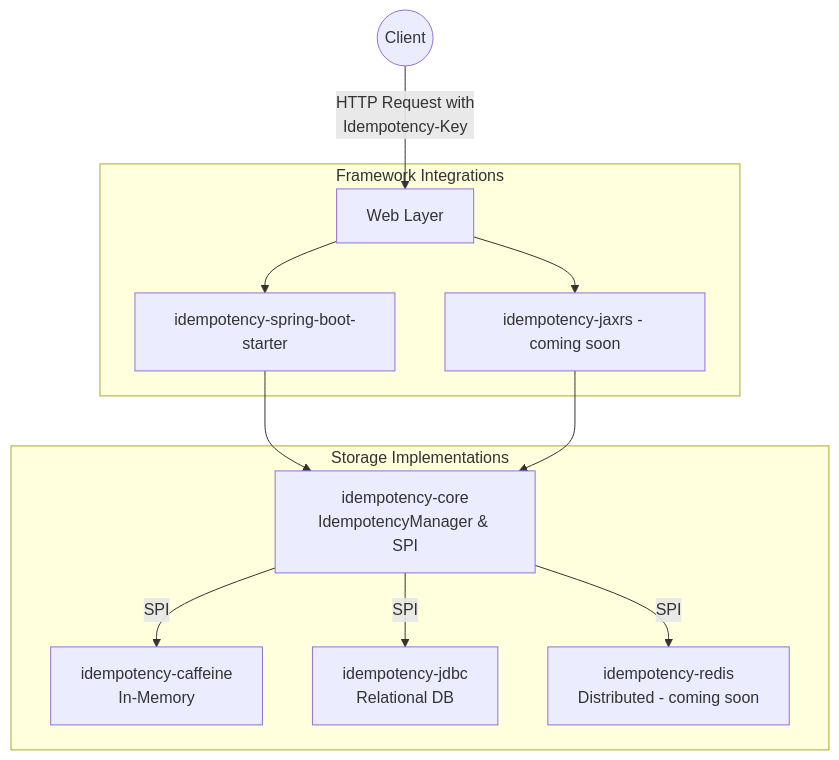
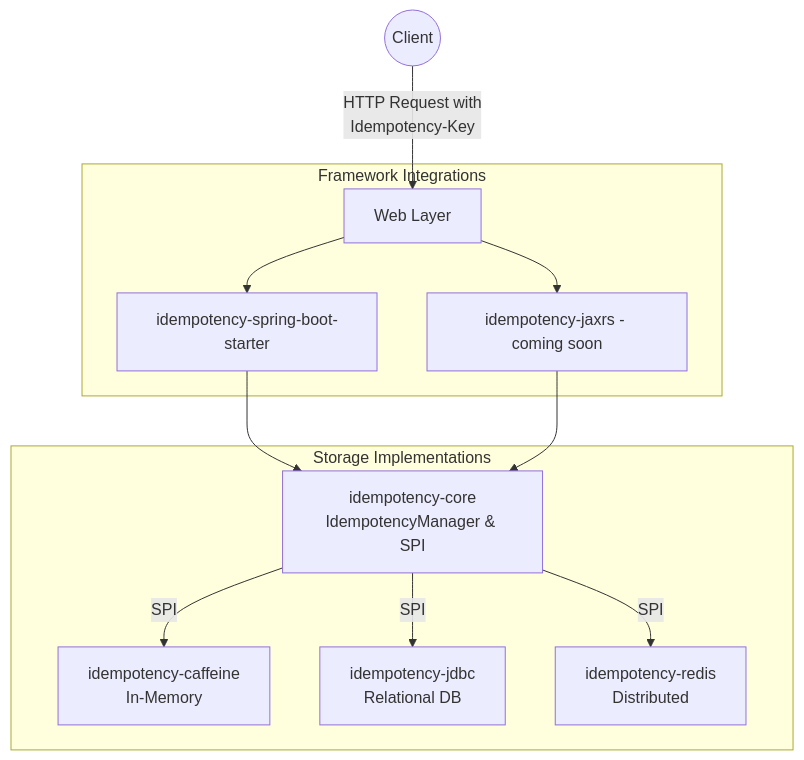
Before and after one commit to ravocode/AvoOnce: the diagram in README.md, drawn with Mermaid. The commit also changed other lines of this file and 21 other files, not shown here.

Commit message:
feat: implement distributed Redis storage backend with support for Jedis and Lettuce clients

````diff
--- a/README.md
+++ b/README.md
@@ -114,18 +119,18 @@
 ```mermaid
 graph TD
     Client((Client)) -->|HTTP Request with<br/>Idempotency-Key| Web[Web Layer]
     
     subgraph Framework Integrations
         Web --> SB[idempotency-spring-boot-starter]
         Web --> JAX[idempotency-jaxrs - coming soon]
     end
     
     SB --> Core[idempotency-core<br/>IdempotencyManager & SPI]
     JAX --> Core
     
     subgraph Storage Implementations
         Core -->|SPI| Caff[idempotency-caffeine<br/>In-Memory]
         Core -->|SPI| JDBC[idempotency-jdbc<br/>Relational DB]
-        Core -->|SPI| Red[idempotency-redis<br/>Distributed - coming soon]
+        Core -->|SPI| Red[idempotency-redis<br/>Distributed]
     end
 ```
````
